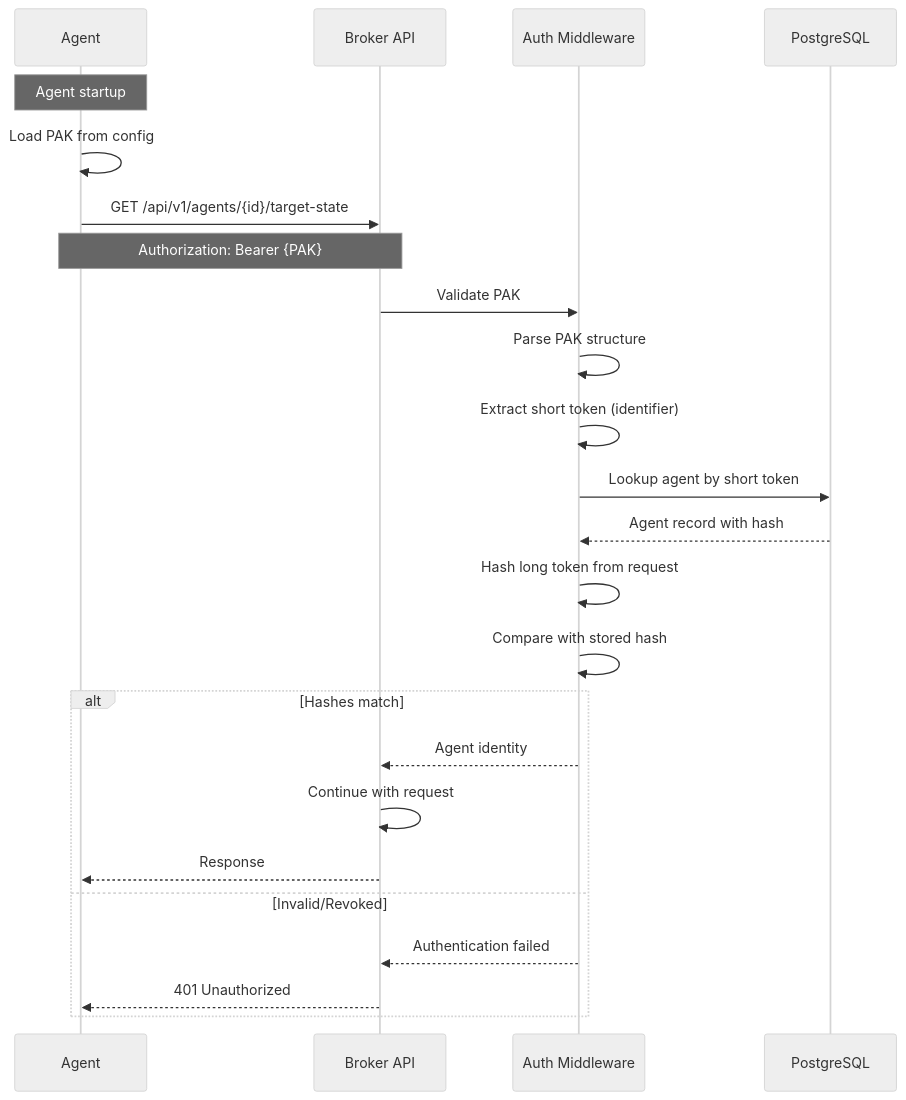
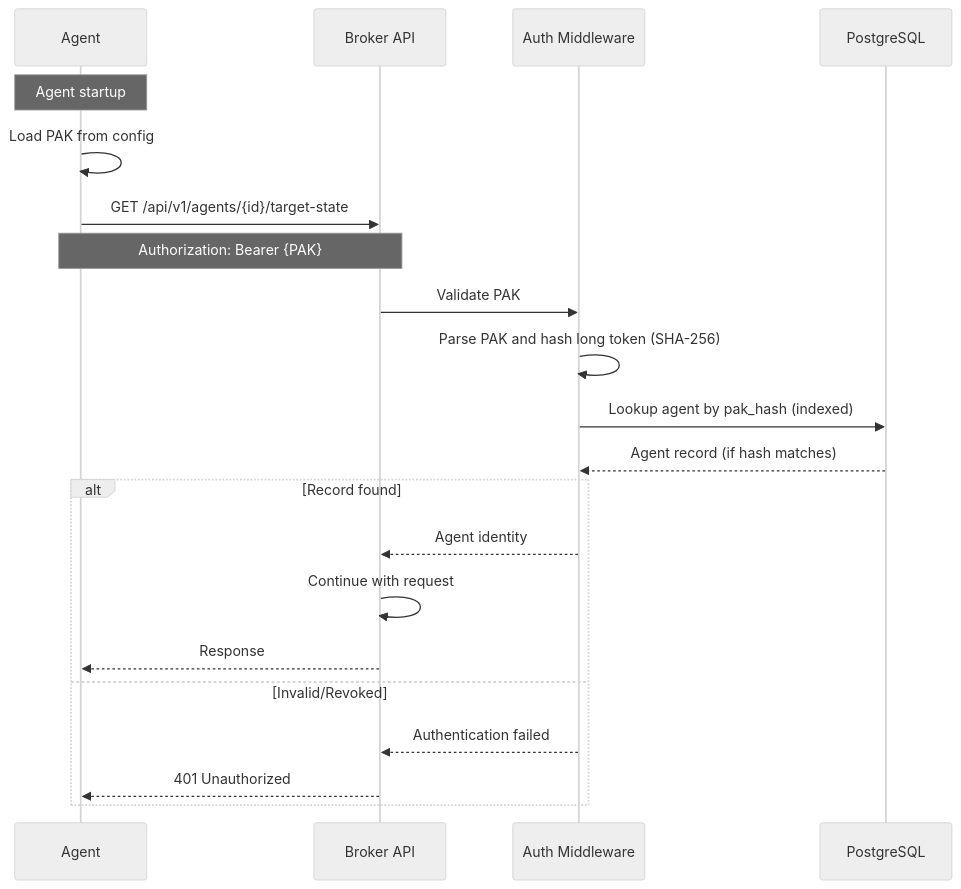
The eighth of 11 diagrams in docs/src/explanation/data-flows.md (colliery-io/brokkr), drawn with Mermaid (neutral theme) before and after one commit. The commit also changed other lines of this file and 178 other files, not shown here.

````diff
--- a/docs/src/explanation/data-flows.md
+++ b/docs/src/explanation/data-flows.md
@@ -315,30 +315,27 @@
 ```mermaid
 sequenceDiagram
     participant Agent as Agent
     participant Broker as Broker API
     participant Auth as Auth Middleware
     participant DB as PostgreSQL
 
     Note over Agent: Agent startup
     Agent->>Agent: Load PAK from config
 
     Agent->>Broker: GET /api/v1/agents/{id}/target-state
     Note over Agent,Broker: Authorization: Bearer {PAK}
 
     Broker->>Auth: Validate PAK
-    Auth->>Auth: Parse PAK structure
-    Auth->>Auth: Extract short token (identifier)
-    Auth->>DB: Lookup agent by short token
-    DB-->>Auth: Agent record with hash
-    Auth->>Auth: Hash long token from request
-    Auth->>Auth: Compare with stored hash
+    Auth->>Auth: Parse PAK and hash long token (SHA-256)
+    Auth->>DB: Lookup agent by pak_hash (indexed)
+    DB-->>Auth: Agent record (if hash matches)
 
-    alt Hashes match
+    alt Record found
         Auth-->>Broker: Agent identity
         Broker->>Broker: Continue with request
         Broker-->>Agent: Response
     else Invalid/Revoked
         Auth-->>Broker: Authentication failed
         Broker-->>Agent: 401 Unauthorized
     end
 ```
````
